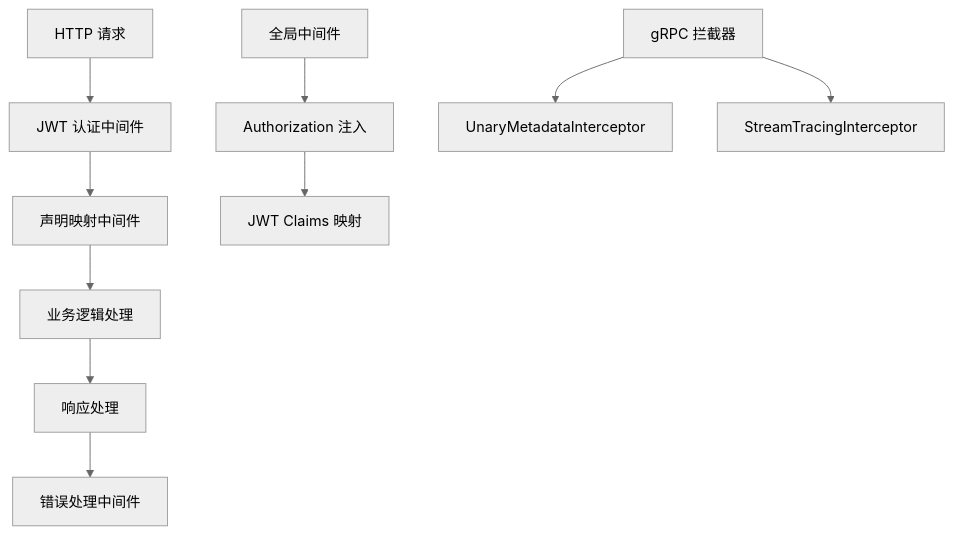
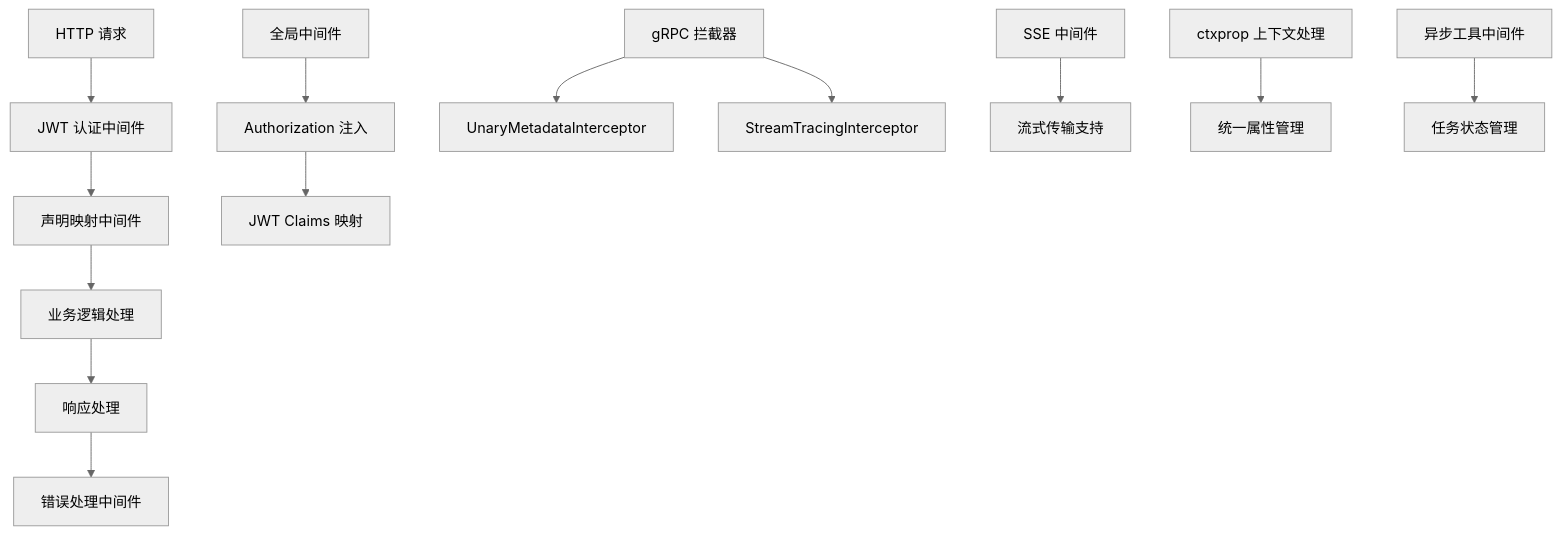
Before and after one commit to maomao94/zero-service: the eighth of 21 diagrams in .qoder/repowiki/zh/content/Aigtw Gateway Service.md, drawn with Mermaid (neutral theme). The commit also changed other lines of this file and 42 other files, not shown here.

````diff
--- a/.qoder/repowiki/zh/content/Aigtw Gateway Service.md
+++ b/.qoder/repowiki/zh/content/Aigtw Gateway Service.md
@@ -290,12 +368,15 @@
 ```mermaid
 flowchart TD
 A[HTTP 请求] --> B[JWT 认证中间件]
 B --> C[声明映射中间件]
 C --> D[业务逻辑处理]
 D --> E[响应处理]
 E --> F[错误处理中间件]
 G[全局中间件] --> H[Authorization 注入]
 H --> I[JWT Claims 映射]
 J[gRPC 拦截器] --> K[UnaryMetadataInterceptor]
 J --> L[StreamTracingInterceptor]
+M[SSE 中间件] --> N[流式传输支持]
+O[ctxprop 上下文处理] --> P[统一属性管理]
+Q[异步工具中间件] --> R[任务状态管理]
 ```
````
